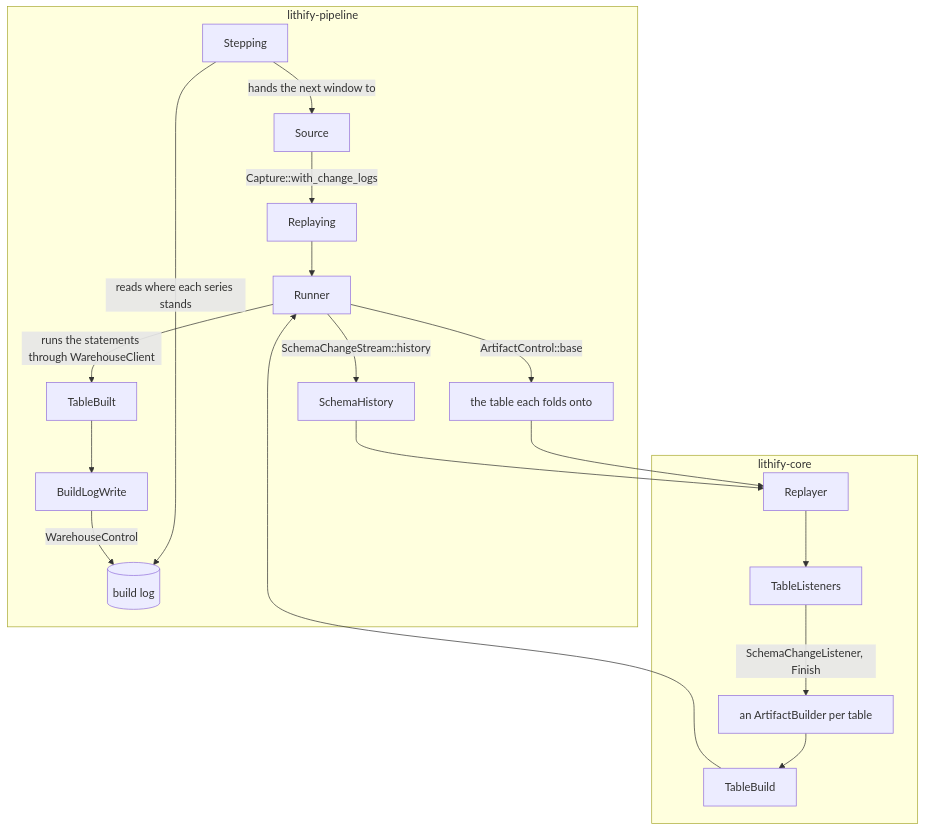
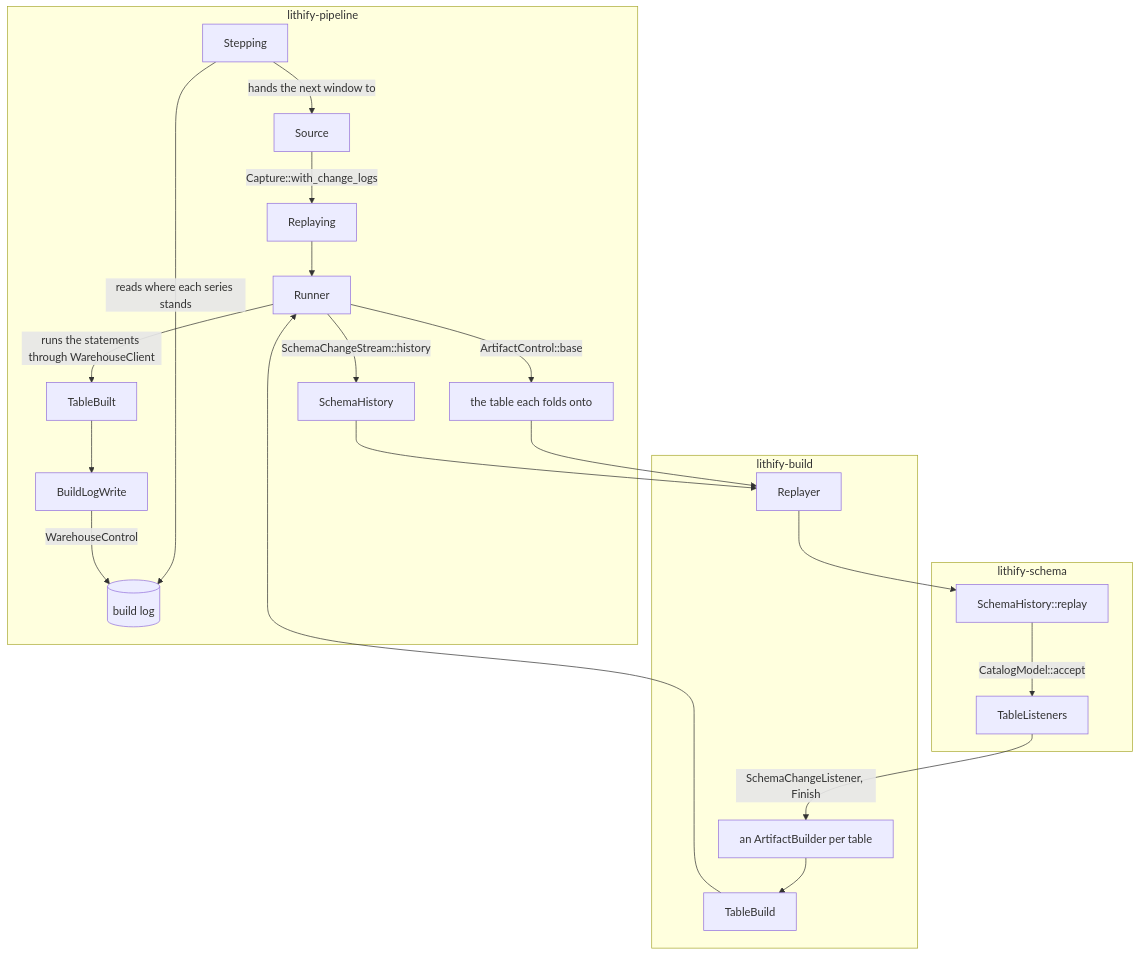
One commit to hayas1/lithify changed the second of 2 diagrams in doc/architecture.md. Above: the diagram before and after it, drawn with Mermaid. The commit also changed other lines of this file and 1 other file, not shown here.

First line of the commit message:
Map lithify-schema and lithify-build and why the schema stays apart

````diff
--- a/doc/architecture.md
+++ b/doc/architecture.md
@@ -38,22 +40,26 @@
 ```mermaid
 flowchart TD
     subgraph pipeline[lithify-pipeline]
         stepping[Stepping] -->|reads where each series stands| log[(build log)]
         stepping -->|hands the next window to| source[Source]
         source -->|Capture::with_change_logs| replaying[Replaying]
         replaying --> runner[Runner]
         runner -->|ArtifactControl::base| base[the table each folds onto]
         runner -->|SchemaChangeStream::history| history[SchemaHistory]
         runner -->|runs the statements through WarehouseClient| built[TableBuilt]
         built --> writer[BuildLogWrite]
         writer -->|WarehouseControl| log
     end
-    subgraph core[lithify-core]
-        replayer[Replayer] --> listeners[TableListeners]
-        listeners -->|SchemaChangeListener, Finish| builder[an ArtifactBuilder per table]
-        builder --> build[TableBuild]
+    subgraph build[lithify-build]
+        replayer[Replayer]
+        builder[an ArtifactBuilder per table] --> tablebuild[TableBuild]
+    end
+    subgraph schema[lithify-schema]
+        replay[SchemaHistory::replay] -->|CatalogModel::accept| listeners[TableListeners]
     end
     base --> replayer
     history --> replayer
-    build --> runner
+    replayer --> replay
+    listeners -->|SchemaChangeListener, Finish| builder
+    tablebuild --> runner
 ```
````
